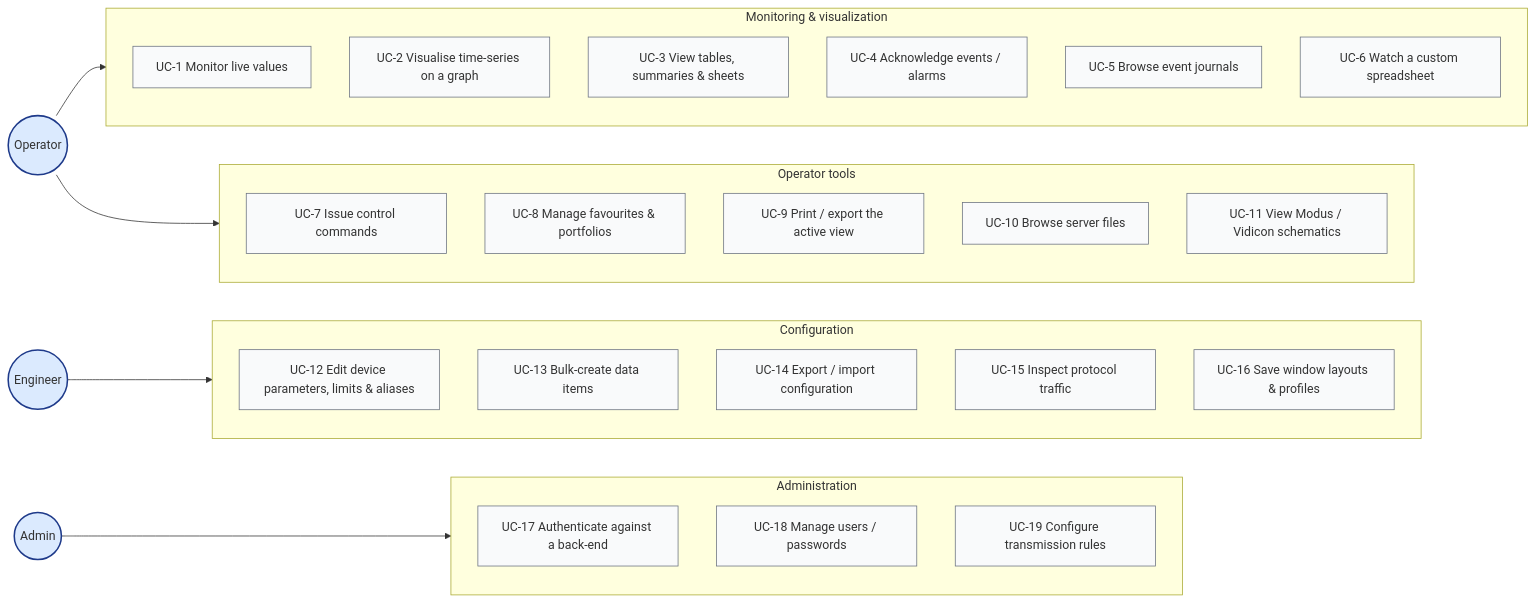
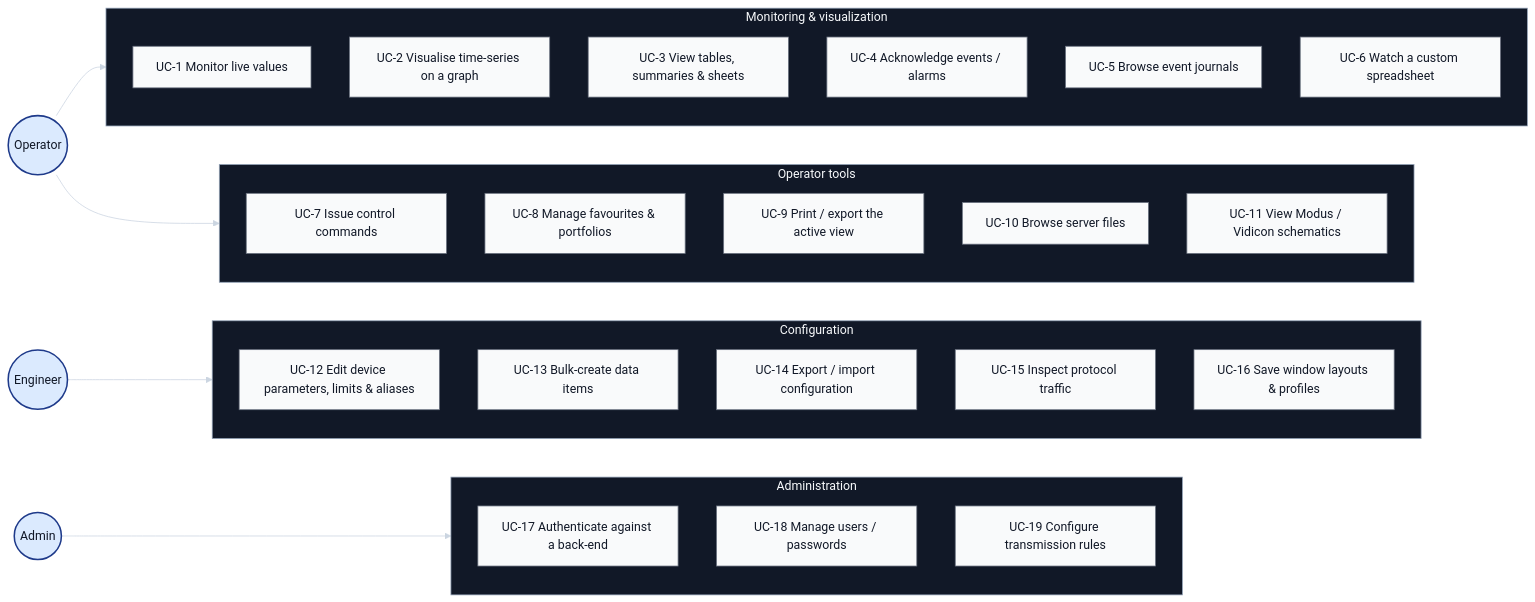
One commit to alexsmn/scada-client changed the diagram in docs/use-cases.mmd. Above: the diagram before and after it, drawn with Mermaid. The commit also changed 8 other files, not shown here.

```diff
--- a/docs/use-cases.mmd
+++ b/docs/use-cases.mmd
@@ -1,50 +1,70 @@
-%%{init: {'flowchart': {'htmlLabels': true}}}%%
+%%{init: {
+  'theme': 'base',
+  'themeVariables': {
+    'background': 'transparent',
+    'primaryColor': '#1f2937',
+    'primaryBorderColor': '#93c5fd',
+    'primaryTextColor': '#f8fafc',
+    'secondaryColor': '#1f2937',
+    'secondaryBorderColor': '#93c5fd',
+    'secondaryTextColor': '#f8fafc',
+    'tertiaryColor': '#0f172a',
+    'tertiaryBorderColor': '#94a3b8',
+    'tertiaryTextColor': '#f8fafc',
+    'lineColor': '#cbd5e1',
+    'defaultLinkColor': '#cbd5e1',
+    'clusterBkg': '#111827',
+    'clusterBorder': '#94a3b8',
+    'titleColor': '#f8fafc'
+  },
+  'flowchart': {'htmlLabels': true}
+}}%%
 flowchart LR
     Operator(("Operator"))
     Engineer(("Engineer"))
     Admin(("Admin"))
 
     subgraph Monitoring["Monitoring &amp; visualization"]
         direction TB
         UC1["UC-1 Monitor live values"]
         UC2["UC-2 Visualise time-series on a graph"]
         UC3["UC-3 View tables, summaries &amp; sheets"]
         UC4["UC-4 Acknowledge events / alarms"]
         UC5["UC-5 Browse event journals"]
         UC6["UC-6 Watch a custom spreadsheet"]
     end
 
     subgraph OpTools["Operator tools"]
         direction TB
         UC7["UC-7 Issue control commands"]
         UC8["UC-8 Manage favourites &amp; portfolios"]
         UC9["UC-9 Print / export the active view"]
         UC10["UC-10 Browse server files"]
         UC11["UC-11 View Modus / Vidicon schematics"]
     end
 
     subgraph Config["Configuration"]
         direction TB
         UC12["UC-12 Edit device parameters, limits &amp; aliases"]
         UC13["UC-13 Bulk-create data items"]
         UC14["UC-14 Export / import configuration"]
         UC15["UC-15 Inspect protocol traffic"]
         UC16["UC-16 Save window layouts &amp; profiles"]
     end
 
     subgraph Administration["Administration"]
         direction TB
         UC17["UC-17 Authenticate against a back-end"]
         UC18["UC-18 Manage users / passwords"]
         UC19["UC-19 Configure transmission rules"]
     end
 
     Operator --> Monitoring
     Operator --> OpTools
     Engineer --> Config
     Admin --> Administration
 
-    classDef actor fill:#dbeafe,stroke:#1e3a8a,stroke-width:2px
+    classDef actor fill:#dbeafe,stroke:#1e3a8a,stroke-width:2px,color:#111827
     class Operator,Engineer,Admin actor
-    classDef ucase fill:#f9fafb,stroke:#6b7280
+    classDef ucase fill:#f9fafb,stroke:#6b7280,color:#111827
     class UC1,UC2,UC3,UC4,UC5,UC6,UC7,UC8,UC9,UC10,UC11,UC12,UC13,UC14,UC15,UC16,UC17,UC18,UC19 ucase
```
